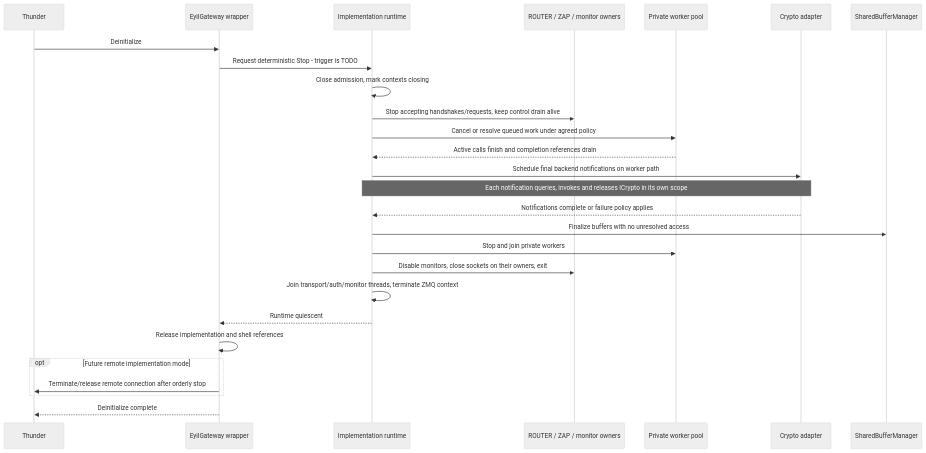
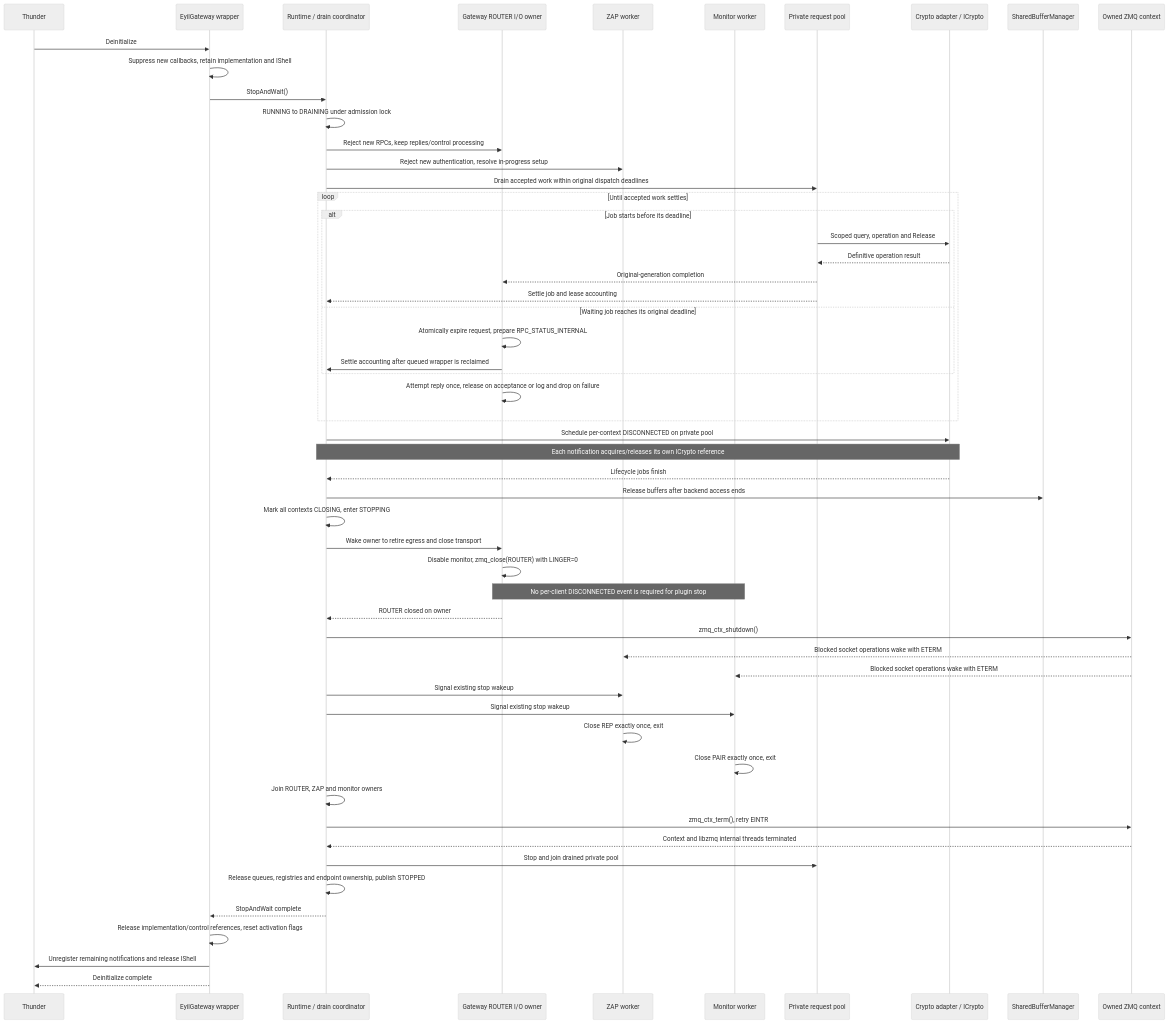
Diagram 31 of 32 in doc/EyilSecureGateway.md (rdkcentral/eyil-secure-gateway), drawn with Mermaid (neutral theme) before and after one commit. The commit also changed other lines of this file, not shown here.

Commit message:
RDKEMW-27976: Implementation spec doc review

````diff
--- a/doc/EyilSecureGateway.md
+++ b/doc/EyilSecureGateway.md
@@ -3281,29 +3505,57 @@
 ```mermaid
 sequenceDiagram
     participant T as Thunder
     participant P as EyilGateway wrapper
-    participant I as Implementation runtime
-    participant R as ROUTER / ZAP / monitor owners
-    participant W as Private worker pool
-    participant C as Crypto adapter
+    participant I as Runtime / drain coordinator
+    participant R as Gateway ROUTER I/O owner
+    participant Z as ZAP worker
+    participant M as Monitor worker
+    participant W as Private request pool
+    participant CP as Crypto adapter / ICrypto
     participant B as SharedBufferManager
+    participant X as Owned ZMQ context
     T->>P: Deinitialize
-    P->>I: Request deterministic Stop - trigger is TODO
-    I->>I: Close admission, mark contexts closing
-    I->>R: Stop accepting handshakes/requests, keep control drain alive
-    I->>W: Cancel or resolve queued work under agreed policy
-    W-->>I: Active calls finish and completion references drain
-    I->>C: Schedule final backend notifications on worker path
-    Note over I,C: Each notification queries, invokes and releases ICrypto in its own scope
-    C-->>I: Notifications complete or failure policy applies
-    I->>B: Finalize buffers with no unresolved access
-    I->>W: Stop and join private workers
-    I->>R: Disable monitors, close sockets on their owners, exit
-    I->>I: Join transport/auth/monitor threads, terminate ZMQ context
-    I-->>P: Runtime quiescent
-    P->>P: Release implementation and shell references
-    opt Future remote implementation mode
-        P->>T: Terminate/release remote connection after orderly stop
+    P->>P: Suppress new callbacks, retain implementation and IShell
+    P->>I: StopAndWait()
+    I->>I: RUNNING to DRAINING under admission lock
+    I->>R: Reject new RPCs, keep replies/control processing
+    I->>Z: Reject new authentication, resolve in-progress setup
+    I->>W: Drain accepted work within original dispatch deadlines
+    loop Until accepted work settles
+        alt Job starts before its deadline
+            W->>CP: Scoped query, operation and Release
+            CP-->>W: Definitive operation result
+            W-->>R: Original-generation completion
+            W-->>I: Settle job and lease accounting
+        else Waiting job reaches its original deadline
+            R->>R: Atomically expire request, prepare RPC_STATUS_INTERNAL
+            R->>I: Settle accounting after queued wrapper is reclaimed
+        end
+        R->>R: Attempt reply once, release on acceptance or log and drop on failure
     end
+    I->>CP: Schedule per-context DISCONNECTED on private pool
+    Note over I,CP: Each notification acquires/releases its own ICrypto reference
+    CP-->>I: Lifecycle jobs finish
+    I->>B: Release buffers after backend access ends
+    I->>I: Mark all contexts CLOSING, enter STOPPING
+    I->>R: Wake owner to retire egress and close transport
+    R->>R: Disable monitor, zmq_close(ROUTER) with LINGER=0
+    Note over R,M: No per-client DISCONNECTED event is required for plugin stop
+    R-->>I: ROUTER closed on owner
+    I->>X: zmq_ctx_shutdown()
+    X-->>Z: Blocked socket operations wake with ETERM
+    X-->>M: Blocked socket operations wake with ETERM
+    I->>Z: Signal existing stop wakeup
+    I->>M: Signal existing stop wakeup
+    Z->>Z: Close REP exactly once, exit
+    M->>M: Close PAIR exactly once, exit
+    I->>I: Join ROUTER, ZAP and monitor owners
+    I->>X: zmq_ctx_term(), retry EINTR
+    X-->>I: Context and libzmq internal threads terminated
+    I->>W: Stop and join drained private pool
+    I->>I: Release queues, registries and endpoint ownership, publish STOPPED
+    I-->>P: StopAndWait complete
+    P->>P: Release implementation/control references, reset activation flags
+    P->>T: Unregister remaining notifications and release IShell
     P-->>T: Deinitialize complete
 ```
````
